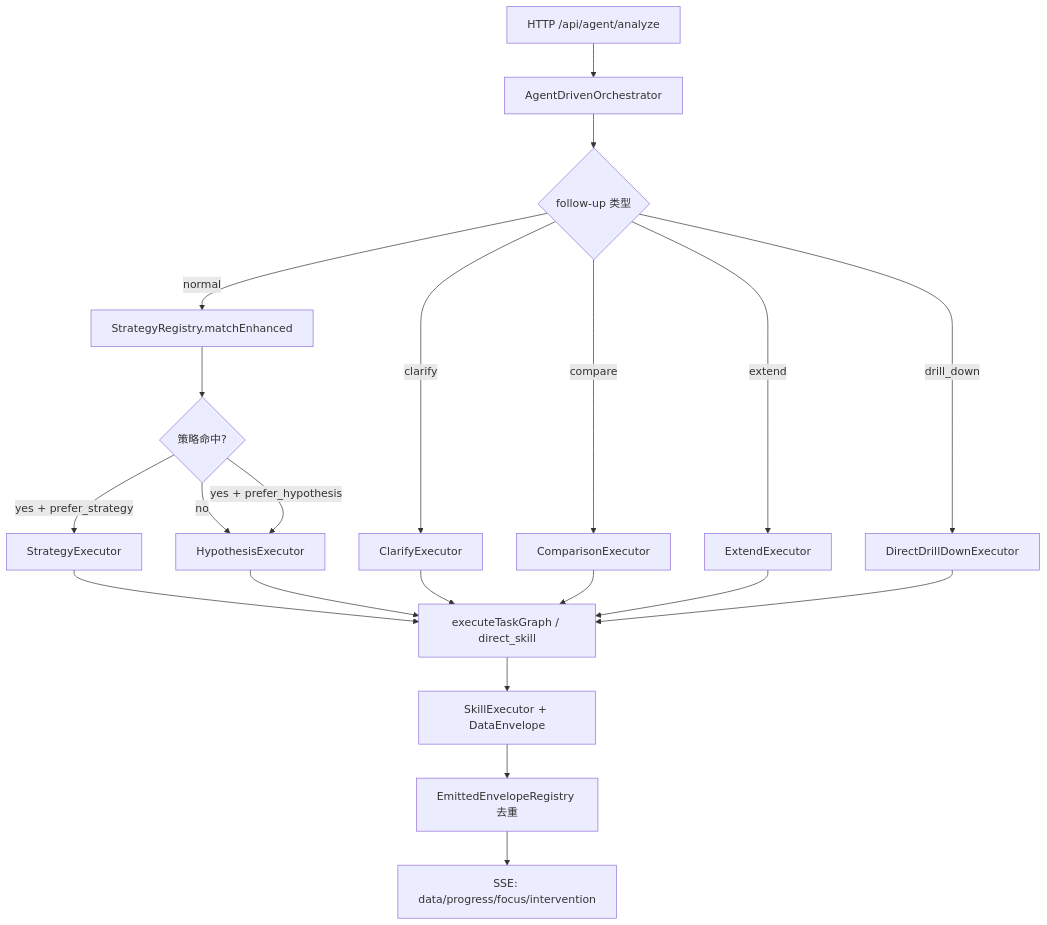
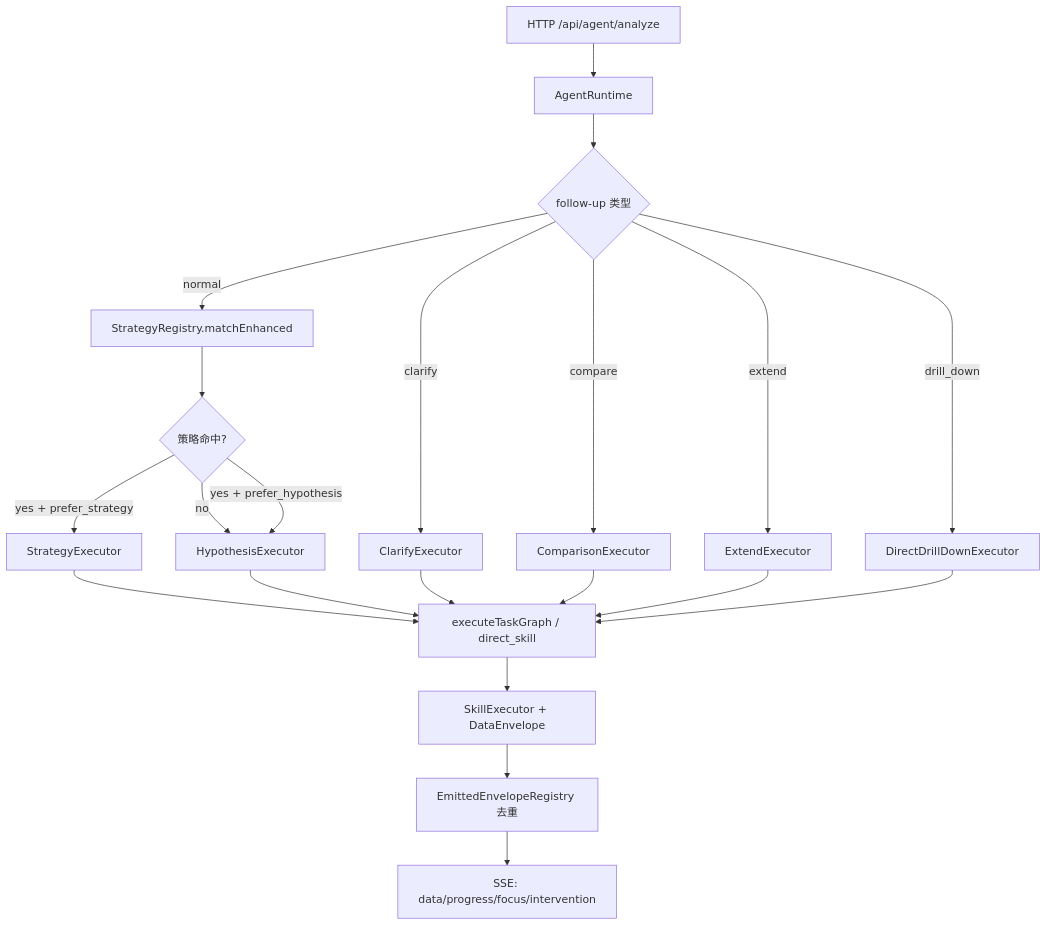
Before and after one commit to eytb2/SmartPerfetto: the diagram in docs/architecture-analysis/README.md, drawn with Mermaid. The commit also changed other lines of this file and 144 other files, not shown here.

Commit message:
feat(agent): migrate to AgentRuntime and expand analysis coverage

````diff
--- a/docs/architecture-analysis/README.md
+++ b/docs/architecture-analysis/README.md
@@ -36,27 +36,27 @@
 ```mermaid
 flowchart TD
-    A[HTTP /api/agent/analyze] --> B[AgentDrivenOrchestrator]
+    A[HTTP /api/agent/analyze] --> B[AgentRuntime]
     B --> C{follow-up 类型}
 
     C -->|clarify| C1[ClarifyExecutor]
     C -->|compare| C2[ComparisonExecutor]
     C -->|extend| C3[ExtendExecutor]
     C -->|drill_down| C4[DirectDrillDownExecutor]
     C -->|normal| D[StrategyRegistry.matchEnhanced]
 
     D --> E{策略命中?}
     E -->|no| F[HypothesisExecutor]
     E -->|yes + prefer_strategy| G[StrategyExecutor]
     E -->|yes + prefer_hypothesis| F
 
     G --> H[executeTaskGraph / direct_skill]
     F --> H
     C1 --> H
     C2 --> H
     C3 --> H
     C4 --> H
 
     H --> I[SkillExecutor + DataEnvelope]
     I --> J[EmittedEnvelopeRegistry 去重]
     J --> K[SSE: data/progress/focus/intervention]
 ```
````
